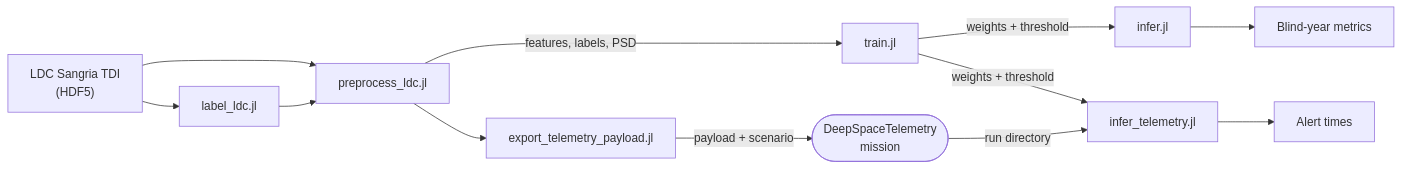
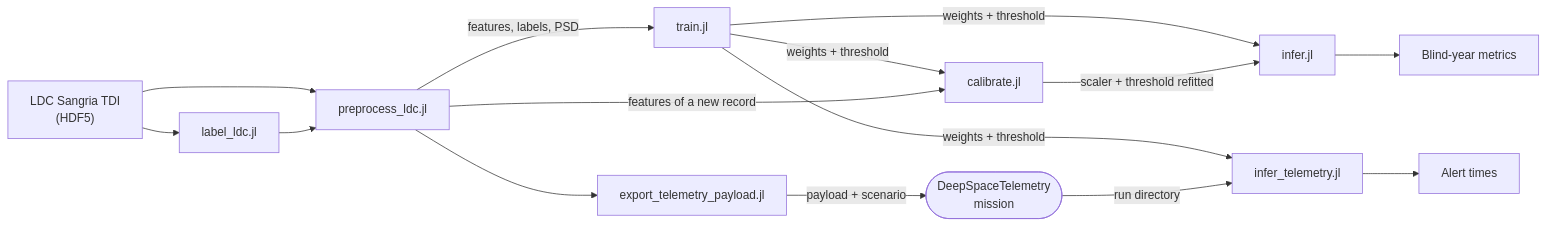
Before and after one commit to PaulGoG/MilliHertzQML.jl: the diagram in README.md, drawn with Mermaid. The commit also changed other lines of this file and 20 other files, not shown here.

````diff
--- a/README.md
+++ b/README.md
@@ -220,14 +220,17 @@
 ```mermaid
 flowchart LR
   H["LDC Sangria TDI<br/>(HDF5)"] --> L[label_ldc.jl]
   H --> P[preprocess_ldc.jl]
   L --> P
   P -->|"features, labels, PSD"| T[train.jl]
   T -->|"weights + threshold"| I[infer.jl]
   T -->|"weights + threshold"| S[infer_telemetry.jl]
+  T -->|"weights + threshold"| C[calibrate.jl]
+  P -->|"features of a new record"| C
+  C -->|"scaler + threshold refitted"| I
   P --> X[export_telemetry_payload.jl]
   X -->|"payload + scenario"| M(["DeepSpaceTelemetry<br/>mission"])
   M -->|"run directory"| S
   I --> R["Blind-year metrics"]
   S --> A["Alert times"]
 ```
````
